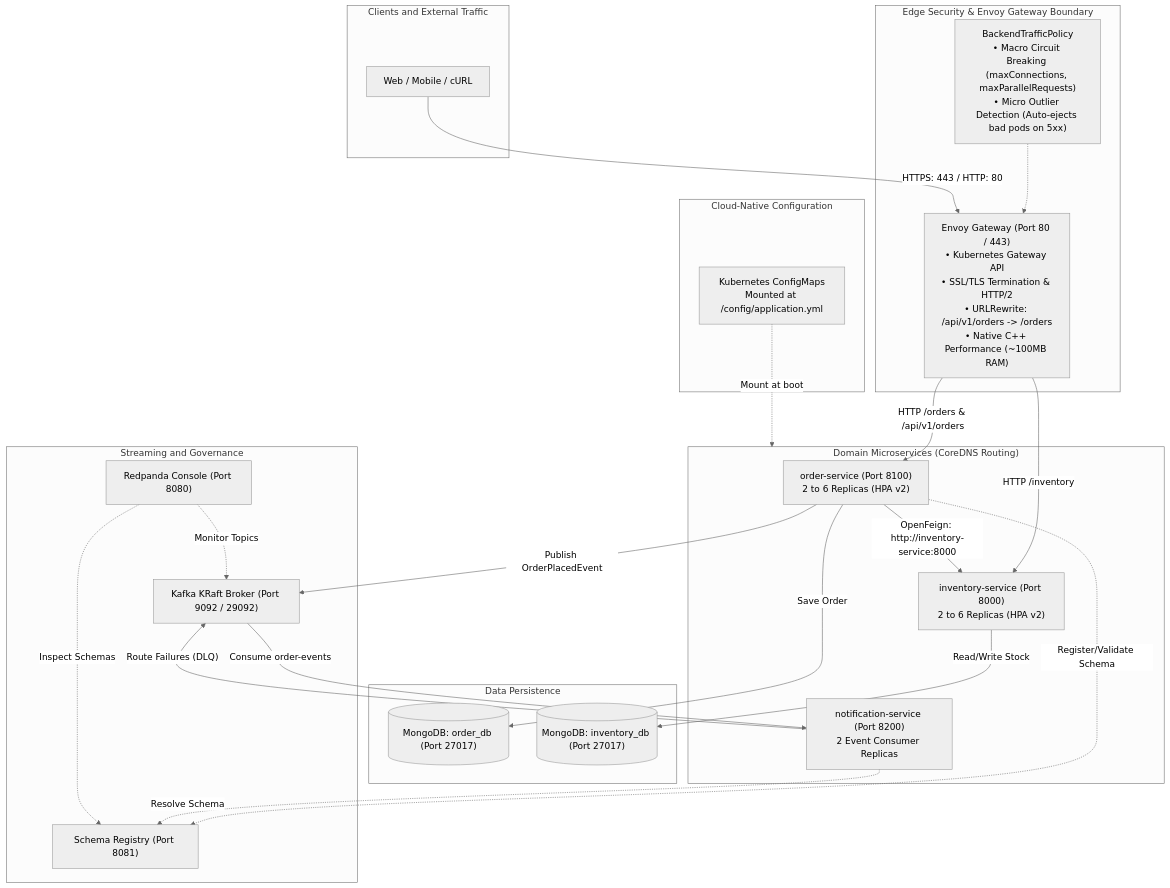
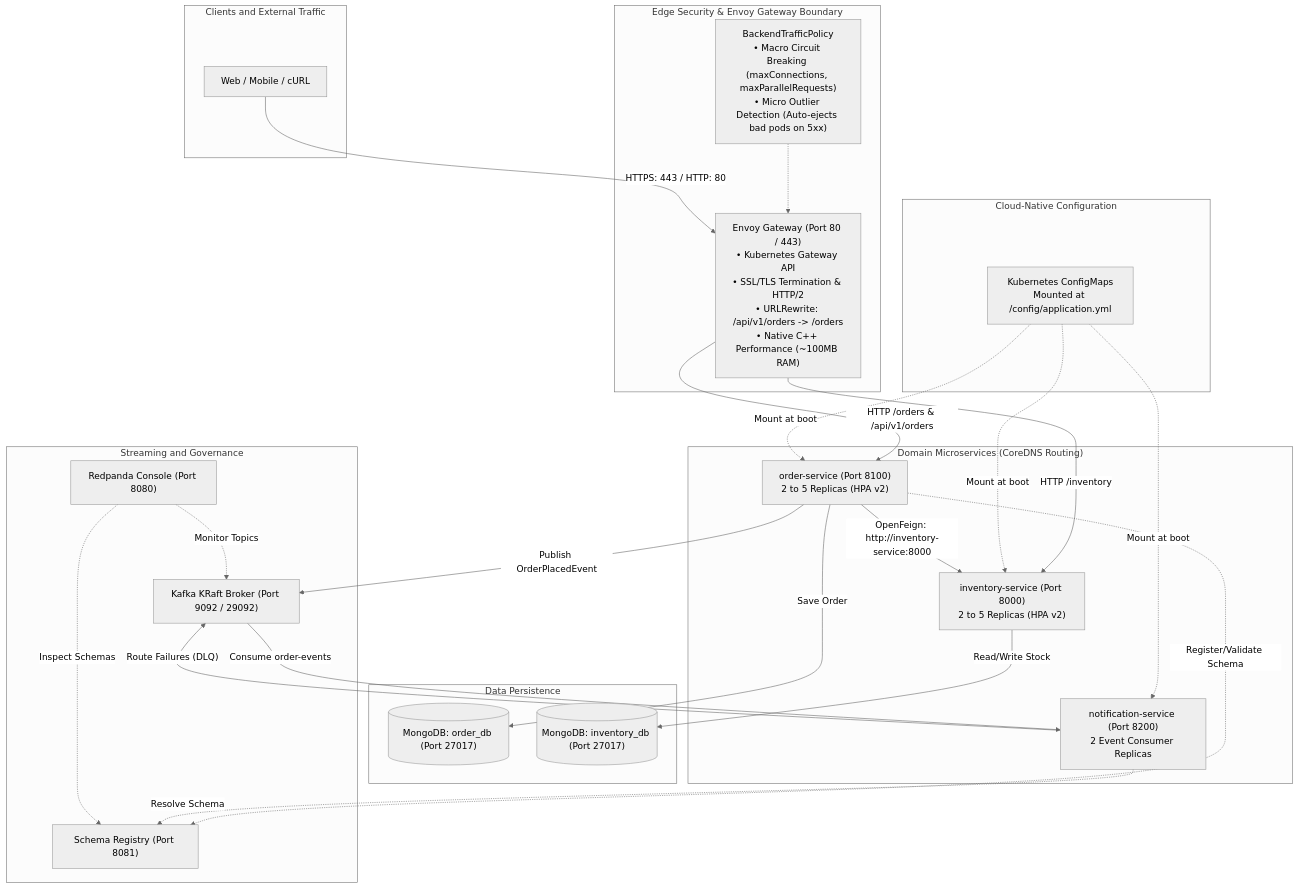
Before and after one commit to Charanraj-T/microservices: the first of 2 diagrams in README.md, drawn with Mermaid (neutral theme). The commit also changed other lines of this file and 9 other files, not shown here.

````diff
--- a/README.md
+++ b/README.md
@@ -9,54 +9,56 @@
 ```mermaid
 flowchart TD
     subgraph Clients["Clients and External Traffic"]
         Client["Web / Mobile / cURL"]
     end
 
     subgraph EdgeLayer["Edge Security & Envoy Gateway Boundary"]
         Envoy["Envoy Gateway (Port 80 / 443)\n• Kubernetes Gateway API\n• SSL/TLS Termination & HTTP/2\n• URLRewrite: /api/v1/orders -> /orders\n• Native C++ Performance (~100MB RAM)"]
         Resilience["BackendTrafficPolicy\n• Macro Circuit Breaking (maxConnections, maxParallelRequests)\n• Micro Outlier Detection (Auto-ejects bad pods on 5xx)"] -.-> Envoy
     end
 
     subgraph CoreServices["Domain Microservices (CoreDNS Routing)"]
-        OrderService["order-service (Port 8100)\n2 to 6 Replicas (HPA v2)"]
-        InventoryService["inventory-service (Port 8000)\n2 to 6 Replicas (HPA v2)"]
+        OrderService["order-service (Port 8100)\n2 to 5 Replicas (HPA v2)"]
+        InventoryService["inventory-service (Port 8000)\n2 to 5 Replicas (HPA v2)"]
         NotificationService["notification-service (Port 8200)\n2 Event Consumer Replicas"]
     end
 
     subgraph DataStorage["Data Persistence"]
         OrderDB[("MongoDB: order_db (Port 27017)")]
         InventoryDB[("MongoDB: inventory_db (Port 27017)")]
     end
 
     subgraph EventStream["Streaming and Governance"]
         Kafka["Kafka KRaft Broker (Port 9092 / 29092)"]
         SchemaRegistry["Schema Registry (Port 8081)"]
         RedpandaConsole["Redpanda Console (Port 8080)"]
     end
 
     subgraph CentralConfig["Cloud-Native Configuration"]
         ConfigMaps["Kubernetes ConfigMaps\nMounted at /config/application.yml"]
     end
 
     %% Edge Connections
     Client -->|"HTTPS: 443 / HTTP: 80"| Envoy
     Envoy -->|"HTTP /orders & /api/v1/orders"| OrderService
     Envoy -->|"HTTP /inventory"| InventoryService
-    ConfigMaps -.->|"Mount at boot"| CoreServices
+    ConfigMaps -.->|"Mount at boot"| OrderService
+    ConfigMaps -.->|"Mount at boot"| InventoryService
+    ConfigMaps -.->|"Mount at boot"| NotificationService
 
     %% Synchronous Feign Call
     OrderService -->|"OpenFeign: http://inventory-service:8000"| InventoryService
 
     %% Database Operations
     OrderService -->|"Save Order"| OrderDB
     InventoryService -->|"Read/Write Stock"| InventoryDB
 
     %% Event Publishing & Consuming
     OrderService -->|"Publish OrderPlacedEvent"| Kafka
     OrderService -.->|"Register/Validate Schema"| SchemaRegistry
     Kafka -->|"Consume order-events"| NotificationService
     NotificationService -.->|"Resolve Schema"| SchemaRegistry
     NotificationService -->|"Route Failures (DLQ)"| Kafka
     RedpandaConsole -.->|"Monitor Topics"| Kafka
     RedpandaConsole -.->|"Inspect Schemas"| SchemaRegistry
 ```
````
